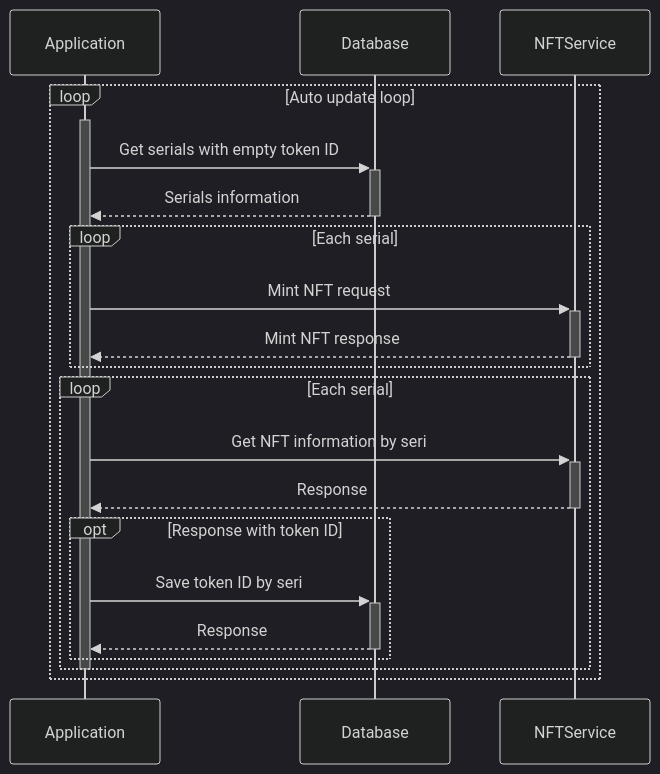
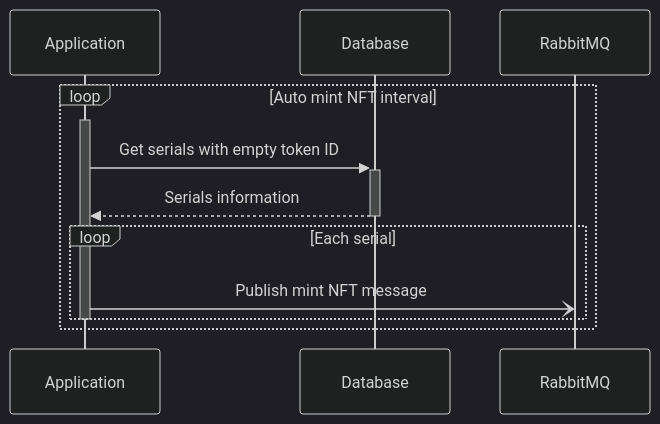
One commit to thanhpp/scm-tool changed the third of 7 diagrams in README.md. Above: the diagram before and after it, drawn with Mermaid (dark theme). The commit also changed other lines of this file, not shown here.

Commit message:
docs: 📝 update sequence diagram

````diff
--- a/README.md
+++ b/README.md
@@ -152,24 +151,14 @@
 ```mermaid
 sequenceDiagram
   participant Application
-  loop Auto update loop
-    activate Application
-    Application ->>+ Database: Get serials with empty token ID
-    Database -->>- Application: Serials information
-    
-    loop Each serial
-      Application ->>+ NFTService: Mint NFT request
-      NFTService -->>- Application: Mint NFT response
-    end
+      loop Auto mint NFT interval
+          activate Application
+          Application ->>+ Database: Get serials with empty token ID
+          Database -->>- Application: Serials information
 
-    loop Each serial
-      Application ->>+ NFTService: Get NFT information by seri
-      NFTService -->>- Application: Response
-      opt Response with token ID
-        Application ->>+ Database: Save token ID by seri
-        Database -->>- Application: Response
+          loop Each serial
+              Application -) RabbitMQ: Publish mint NFT message
+          end
+          deactivate Application
       end
-    end
-    deactivate Application
-  end
 ```
````
